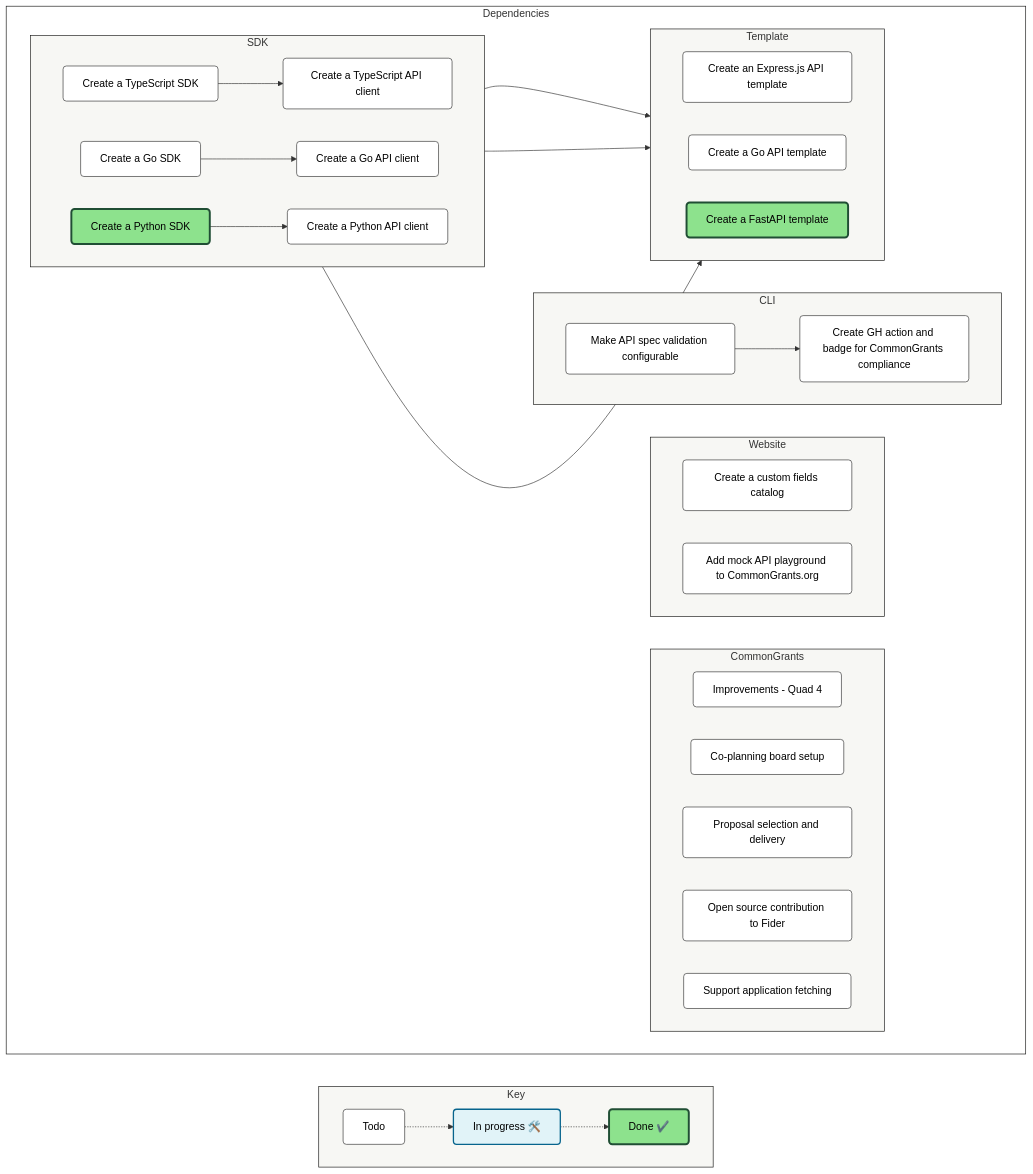
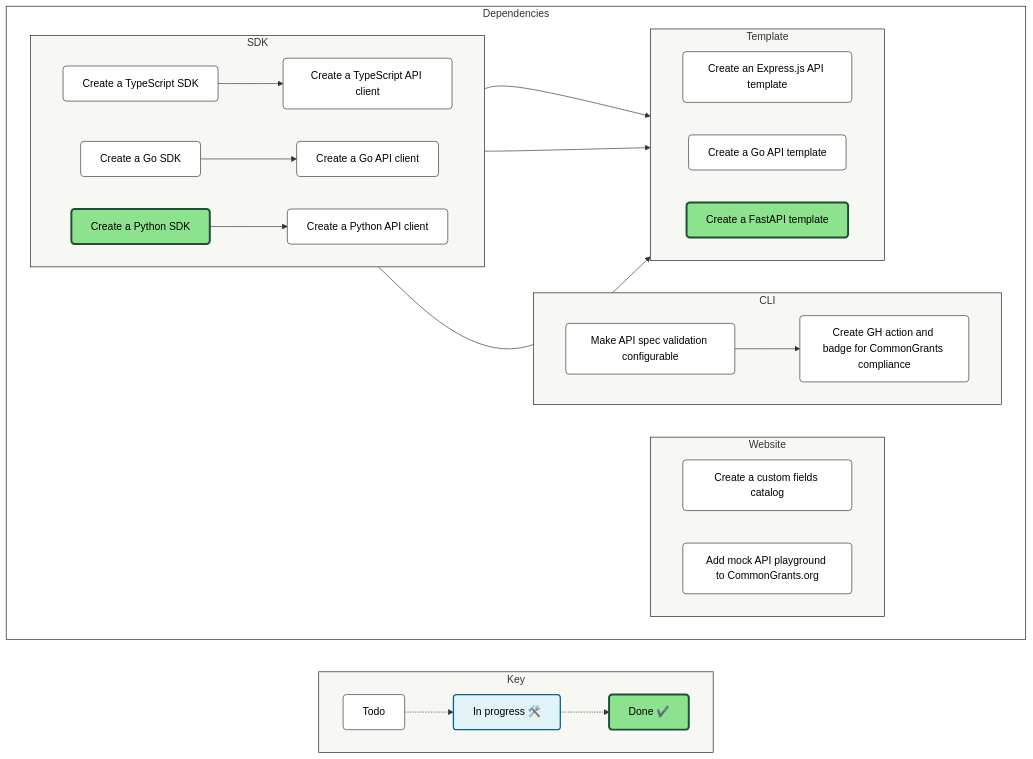
Before and after one commit to HHS/simpler-grants-protocol: the diagram in README.md, drawn with Mermaid. The commit also changed 10 other files, not shown here.

```diff
--- a/README.md
+++ b/README.md
@@ -51,7 +51,6 @@
   classDef Done fill:#8DE28D,stroke:#204e34,stroke-width:3px,color:#000
   style Canvas fill:transparent,stroke:#171716
   style Legend fill:#F7F7F4,stroke:#171716
-  style commongrants fill:#F7F7F4,stroke:#171716
   style sdk fill:#F7F7F4,stroke:#171716
   style website fill:#F7F7F4,stroke:#171716
   style cli fill:#F7F7F4,stroke:#171716
@@ -74,16 +73,6 @@
   %% ─────────────────────────────
   subgraph Canvas["Dependencies"]
     direction LR
-
-
-    subgraph commongrants["CommonGrants"]
-    direction LR
-        HHS/simpler-grants-protocol#299["Improvements - Quad 4"]
-        HHS/simpler-grants-protocol#309["Co-planning board setup"]
-        HHS/simpler-grants-protocol#310["Proposal selection and delivery"]
-        HHS/simpler-grants-protocol#311["Open source contribution to Fider"]
-        HHS/simpler-grants-protocol#316["Support application fetching"]
-    end
 
 
     subgraph sdk["SDK"]
```
